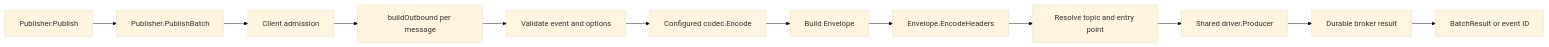
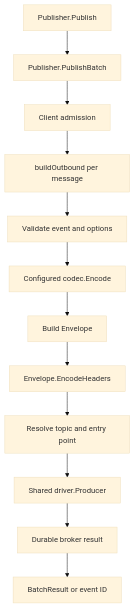
One commit to bktrung/edm_sdk changed the diagram in docs/development/publish-flow.md. Above: the diagram before and after it, drawn with Mermaid (base theme). The commit also changed other lines of this file and 242 other files, not shown here.

````diff
--- a/docs/development/publish-flow.md
+++ b/docs/development/publish-flow.md
@@ -13,14 +14,14 @@
 ```mermaid
-flowchart LR
+flowchart TB
     CALL[Publisher.Publish] --> BATCH[Publisher.PublishBatch]
     BATCH --> ADMIT[Client admission]
     ADMIT --> BUILD[buildOutbound per message]
     BUILD --> VALIDATE[Validate event and options]
     VALIDATE --> CODEC[Configured codec.Encode]
     CODEC --> ENVELOPE[Build Envelope]
     ENVELOPE --> HEADERS[Envelope.EncodeHeaders]
     HEADERS --> ROUTE[Resolve topic and entry point]
     ROUTE --> PRODUCER[Shared driver.Producer]
     PRODUCER --> DURABLE[Durable broker result]
     DURABLE --> RESULT[BatchResult or event ID]
 ```
````
